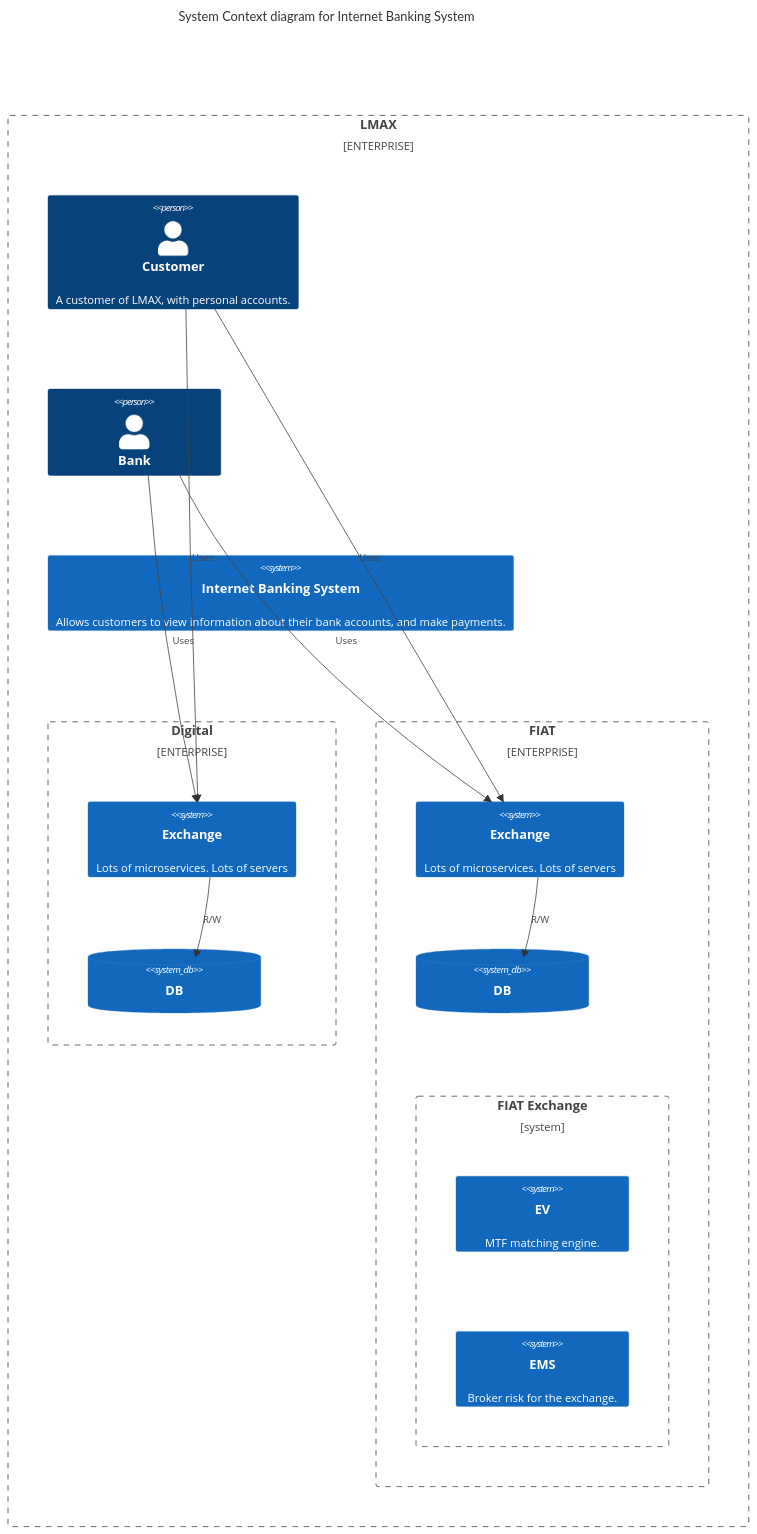
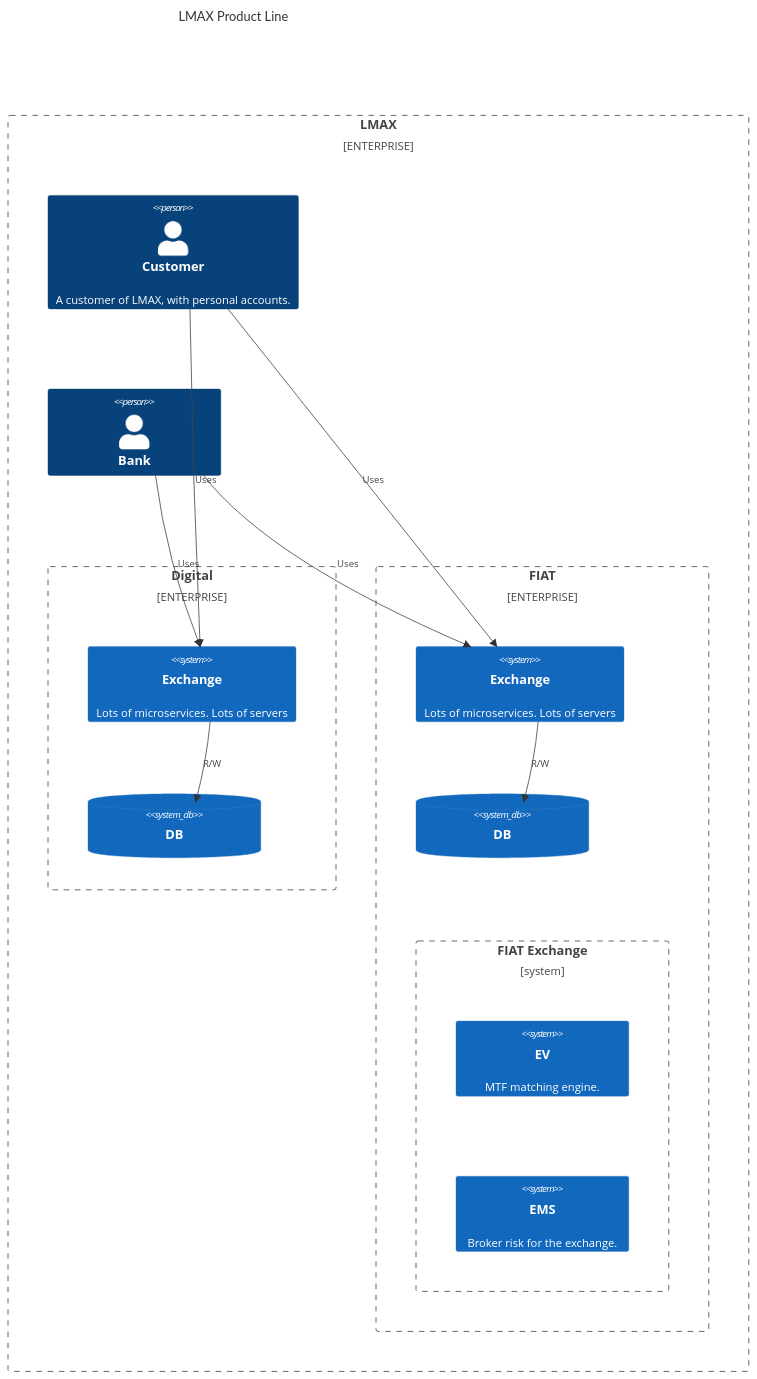
Before and after one commit to bandanna2k/education: the diagram in documents/example.c4.mermaid, drawn with Mermaid.

Commit message:
Education - Docs - C4 example update

```diff
--- a/documents/example.c4.mermaid
+++ b/documents/example.c4.mermaid
@@ -1,31 +1,29 @@
 C4Context
-    title System Context diagram for Internet Banking System
+    title LMAX Product Line
     Enterprise_Boundary(lmax0, "LMAX") {
         Person(customerA, "Customer", "A customer of LMAX, with personal accounts.")
         Person(customerB, "Bank")
-
-        System(SystemAA, "Internet Banking System", "Allows customers to view information about their bank accounts, and make payments.")
 
         Enterprise_Boundary(d1, "Digital") {
             System(systemDigital, "Exchange", "Lots of microservices. Lots of servers")
             SystemDb(systemDigitalDb, "DB")
         }
         Enterprise_Boundary(f1, "FIAT") {
 
             System(systemFiat, "Exchange", "Lots of microservices. Lots of servers")
             SystemDb(systemFiatDb, "DB")
 
             Boundary(f3, "FIAT Exchange") {
                 System(systemFiatEv, "EV", "MTF matching engine.")
                 System(SystemFiatEms, "EMS", "Broker risk for the exchange.")
             }
         }
     }
 
     Rel(customerA, systemFiat, "Uses")
     Rel(customerB, systemFiat, "Uses")
     Rel(customerA, systemDigital, "Uses")
     Rel(customerB, systemDigital, "Uses")
 
     Rel(systemDigital, systemDigitalDb, "R/W")
     Rel(systemFiat, systemFiatDb, "R/W")
```
